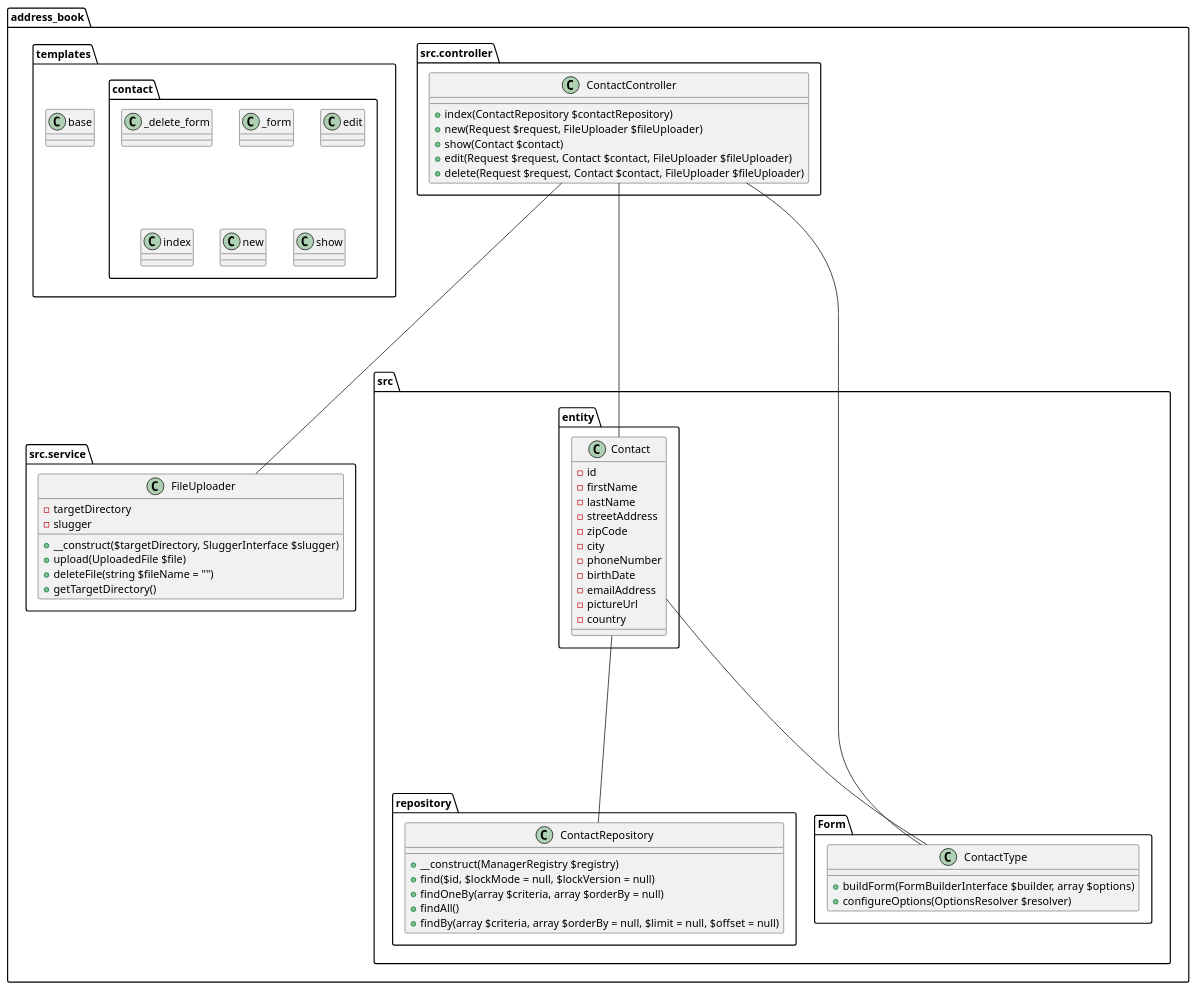
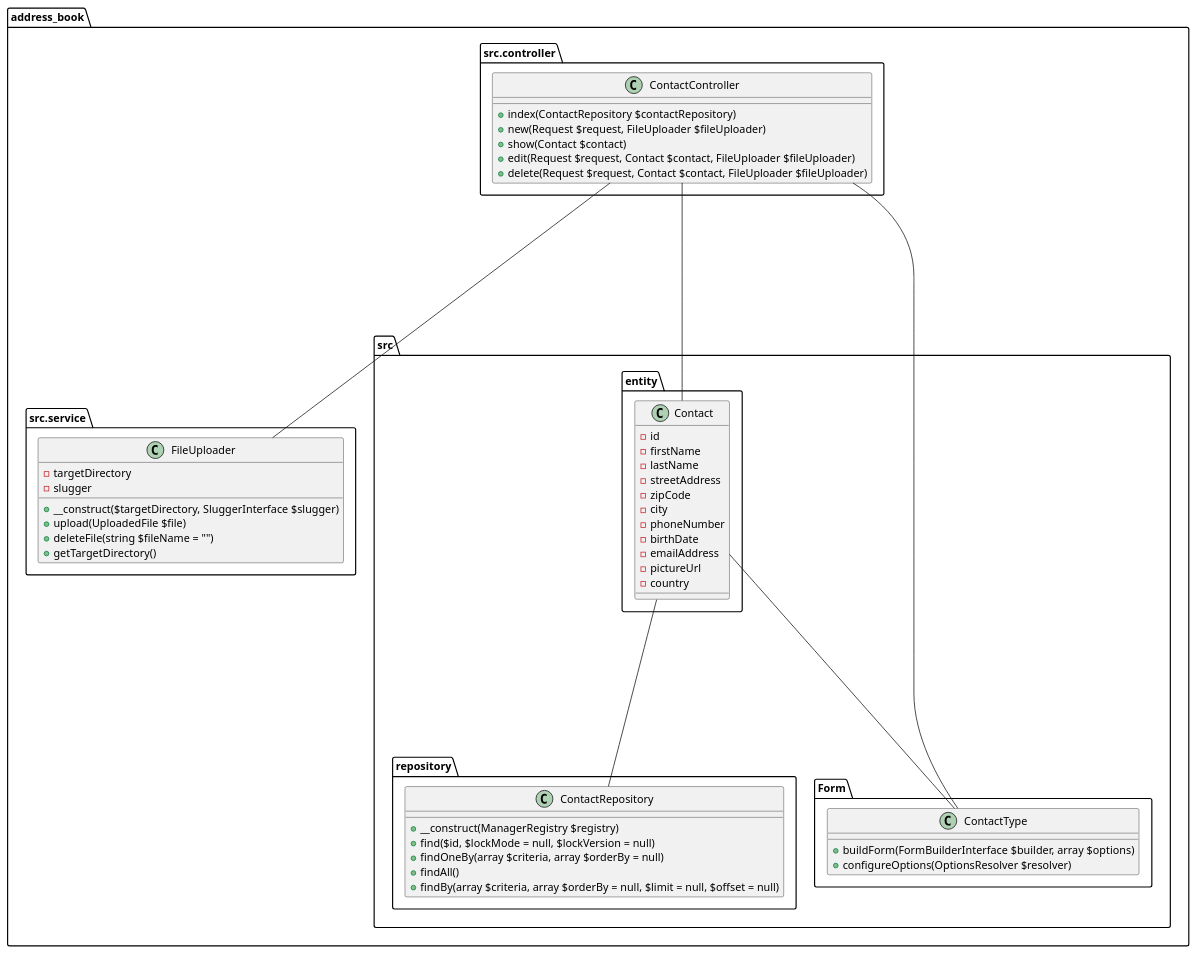
Before and after one commit to tonyYSaliba/Address-Book: the fourth of 4 diagrams in docs/DesignDocument.md, drawn with PlantUML. The commit also changed other lines of this file and 1 other file, not shown here.

Commit message:
edit DesignDocument

```diff
--- a/docs/DesignDocument.md
+++ b/docs/DesignDocument.md
@@ -208,31 +208,6 @@
    }
 }
 
-package "address_book.templates.contact" {
-      class "_delete_form"{
-
-      }
-      class "_form"{
-
-      }
-      class "edit"{
-
-      }
-      class "index"{
-
-      }
-      class "new"{
-
-      }
-      class "show"{
-
-      }
-    }
-    package "address_book.templates" {
-      class "base"{
-
-      }
-    }
 }
 
 "ContactController" ----- "FileUploader"
```
